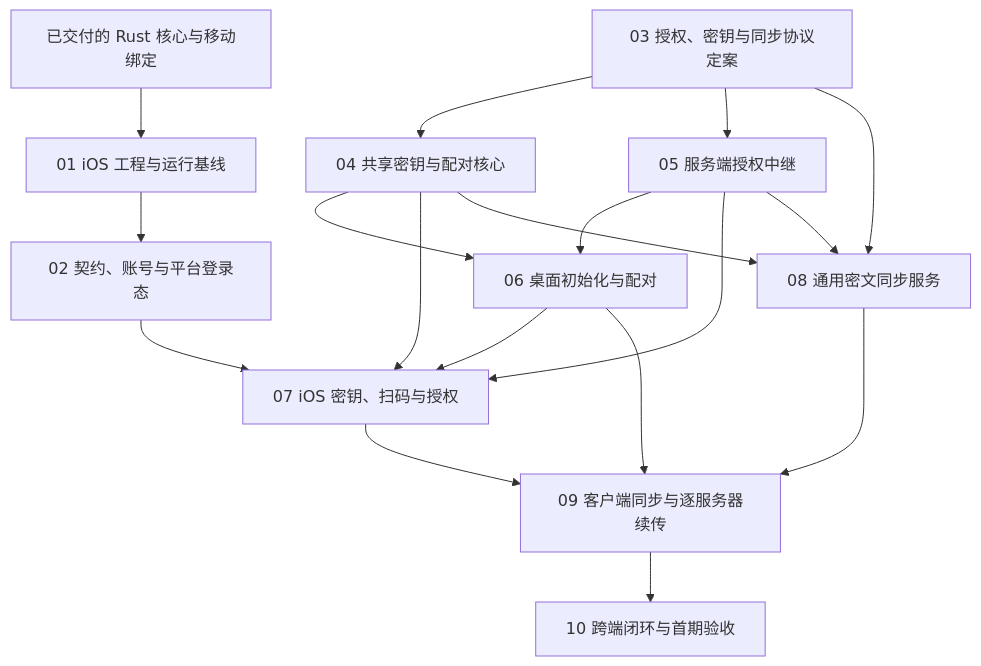
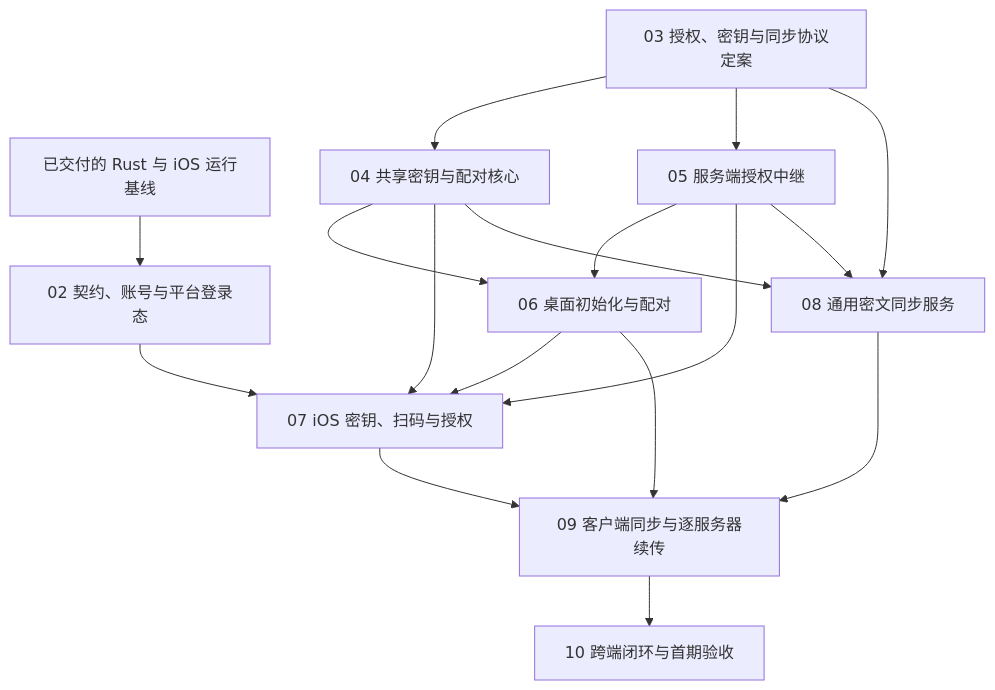
One commit to tctony-labs/xiaowei changed the diagram in .agent/plans/2026-10-25-ios-client/00-implementation-order.md. Above: the diagram before and after it, drawn with Mermaid. The commit also changed other lines of this file and 29 other files, not shown here.

````diff
--- a/.agent/plans/2026-10-25-ios-client/00-implementation-order.md
+++ b/.agent/plans/2026-10-25-ios-client/00-implementation-order.md
@@ -30,20 +29,19 @@
 ```mermaid
 flowchart TD
-    Base[已交付的 Rust 核心与移动绑定] --> T01[01 iOS 工程与运行基线]
-    T01 --> T02[02 契约、账号与平台登录态]
+    Base[已交付的 Rust 与 iOS 运行基线] --> T02[02 契约、账号与平台登录态]
     T03[03 授权、密钥与同步协议定案] --> T04[04 共享密钥与配对核心]
     T03 --> T05[05 服务端授权中继]
     T04 --> T06[06 桌面初始化与配对]
     T05 --> T06
     T02 --> T07[07 iOS 密钥、扫码与授权]
     T04 --> T07
     T05 --> T07
     T06 --> T07
     T03 --> T08[08 通用密文同步服务]
     T05 --> T08
     T04 --> T08
     T06 --> T09[09 客户端同步与逐服务器续传]
     T07 --> T09
     T08 --> T09
     T09 --> T10[10 跨端闭环与首期验收]
 ```
````
